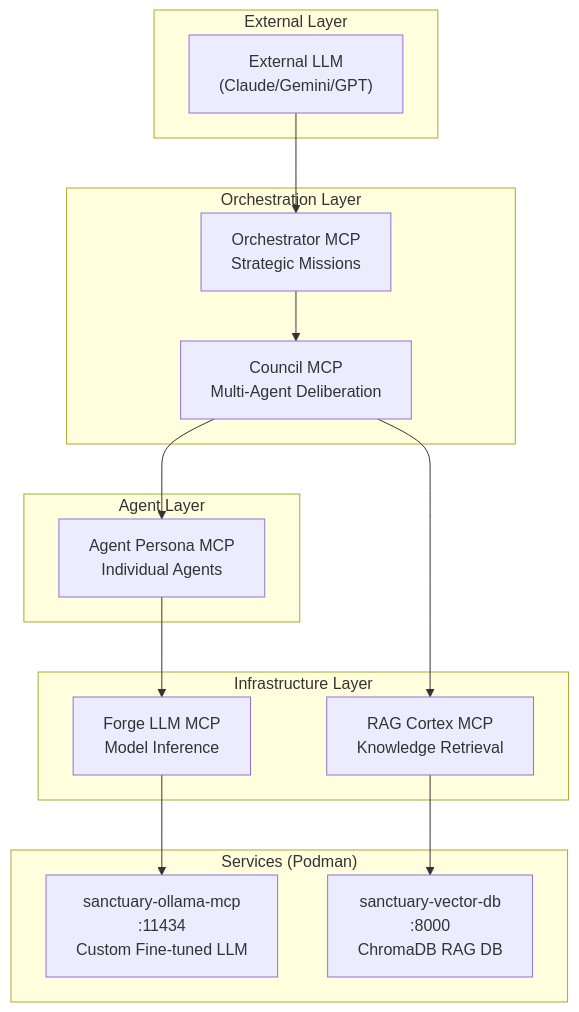
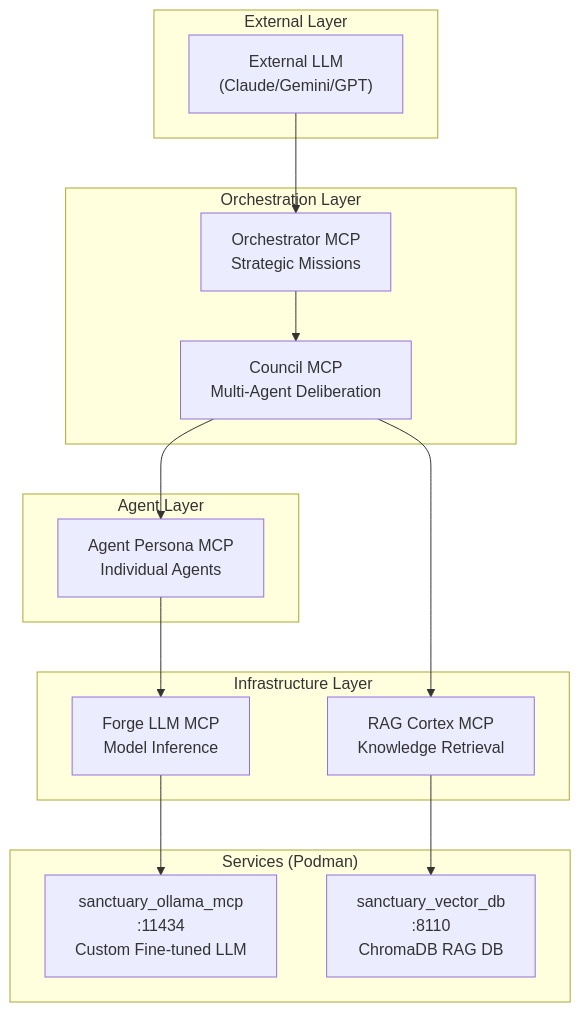
One commit to richfrem/Project_Sanctuary changed the first of 7 diagrams in README.md. Above: the diagram before and after it, drawn with Mermaid. The commit also changed other lines of this file and 274 other files, not shown here.

````diff
--- a/README.md
+++ b/README.md
@@ -70,33 +70,33 @@
 ```mermaid
 graph TB
     subgraph "External Layer"
         LLM["External LLM<br/>(Claude/Gemini/GPT)"]
     end
     
     subgraph "Orchestration Layer"
         ORCH["Orchestrator MCP<br/>Strategic Missions"]
         COUNCIL["Council MCP<br/>Multi-Agent Deliberation"]
     end
     
     subgraph "Agent Layer"
         PERSONA["Agent Persona MCP<br/>Individual Agents"]
     end
     
     subgraph "Infrastructure Layer"
         FORGE["Forge LLM MCP<br/>Model Inference"]
         CORTEX["RAG Cortex MCP<br/>Knowledge Retrieval"]
     end
     
     subgraph "Services (Podman)"
-        OLLAMA["sanctuary-ollama-mcp<br/>:11434<br/>Custom Fine-tuned LLM"]
-        CHROMA["sanctuary-vector-db<br/>:8000<br/>ChromaDB RAG DB"]
+        OLLAMA["sanctuary_ollama_mcp<br/>:11434<br/>Custom Fine-tuned LLM"]
+        CHROMA["sanctuary_vector_db<br/>:8110<br/>ChromaDB RAG DB"]
     end
     
     LLM --> ORCH
     ORCH --> COUNCIL
     COUNCIL --> PERSONA
     COUNCIL --> CORTEX
     PERSONA --> FORGE
     FORGE --> OLLAMA
     CORTEX --> CHROMA
 ```
````
